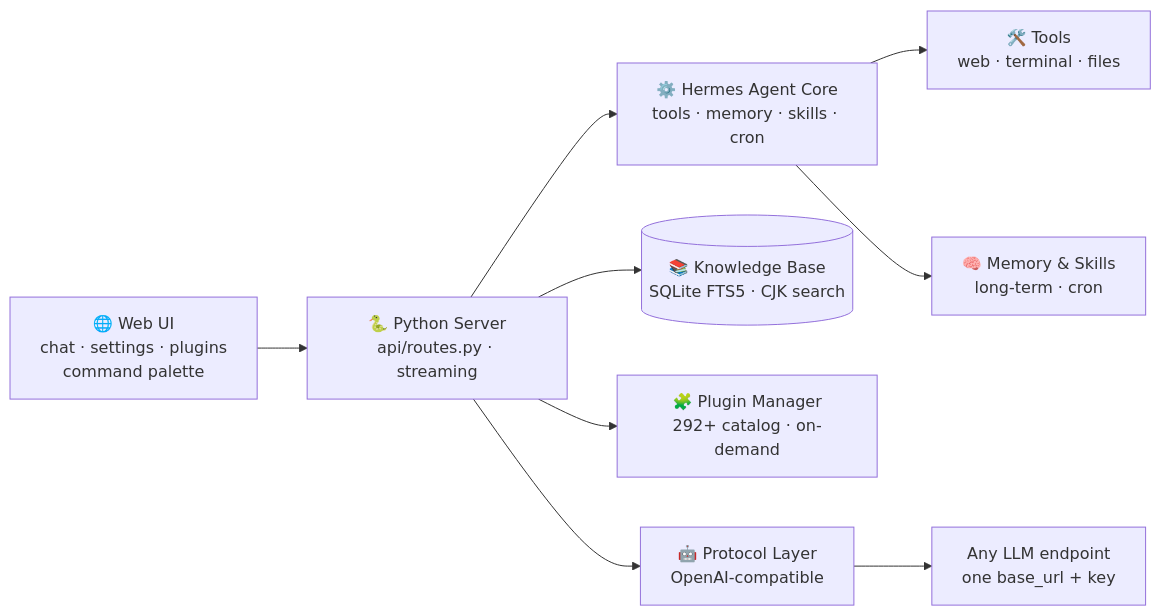
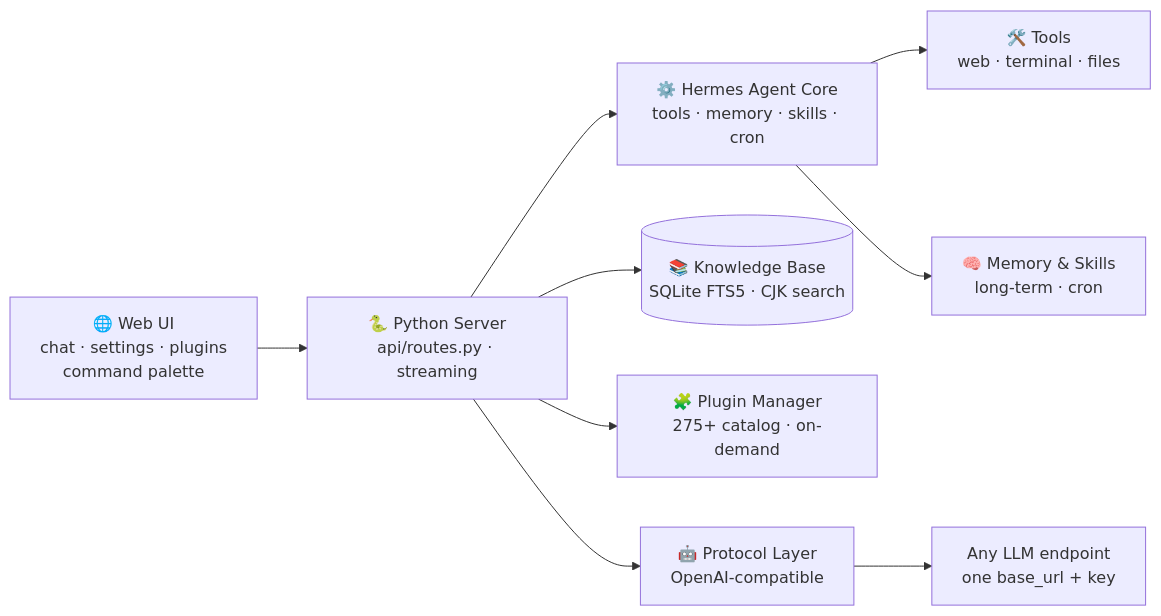
One commit to Morningstar202604/iris changed the diagram in README.md. Above: the diagram before and after it, drawn with Mermaid. The commit also changed other lines of this file and 80 other files, not shown here.

````diff
--- a/README.md
+++ b/README.md
@@ -77,11 +77,11 @@
 ```mermaid
 flowchart LR
     U["🌐 Web UI<br/>chat · settings · plugins<br/>command palette"] --> S["🐍 Python Server<br/>api/routes.py · streaming"]
     S --> A["⚙️ Hermes Agent Core<br/>tools · memory · skills · cron"]
     S --> KB[("📚 Knowledge Base<br/>SQLite FTS5 · CJK search")]
-    S --> PM["🧩 Plugin Manager<br/>292+ catalog · on-demand"]
+    S --> PM["🧩 Plugin Manager<br/>275+ catalog · on-demand"]
     S --> PL["🤖 Protocol Layer<br/>OpenAI-compatible"]
     PL --> M["Any LLM endpoint<br/>one base_url + key"]
     A --> T1["🛠️ Tools<br/>web · terminal · files"]
     A --> T2["🧠 Memory & Skills<br/>long-term · cron"]
 ```
````
